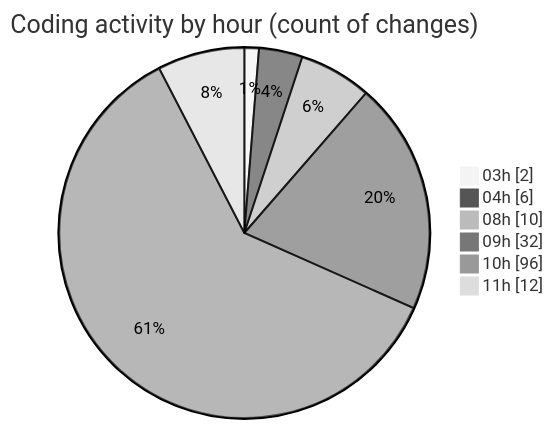
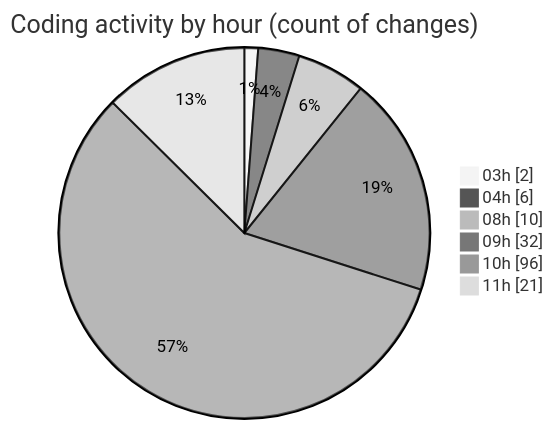
The second of 2 diagrams in 2026-02-07/singularitybrainai/README.md (tmsrecording-cyber/code-tracking), drawn with Mermaid (neutral theme) before and after one commit. The commit also changed other lines of this file and 1 other file, not shown here.

````diff
--- a/2026-02-07/singularitybrainai/README.md
+++ b/2026-02-07/singularitybrainai/README.md
@@ -49,10 +50,10 @@
 ```mermaid
 pie showData
 title Coding activity by hour (count of changes)
 "03h" : 2
 "04h" : 6
 "08h" : 10
 "09h" : 32
 "10h" : 96
-"11h" : 12
+"11h" : 21
 ```
````
